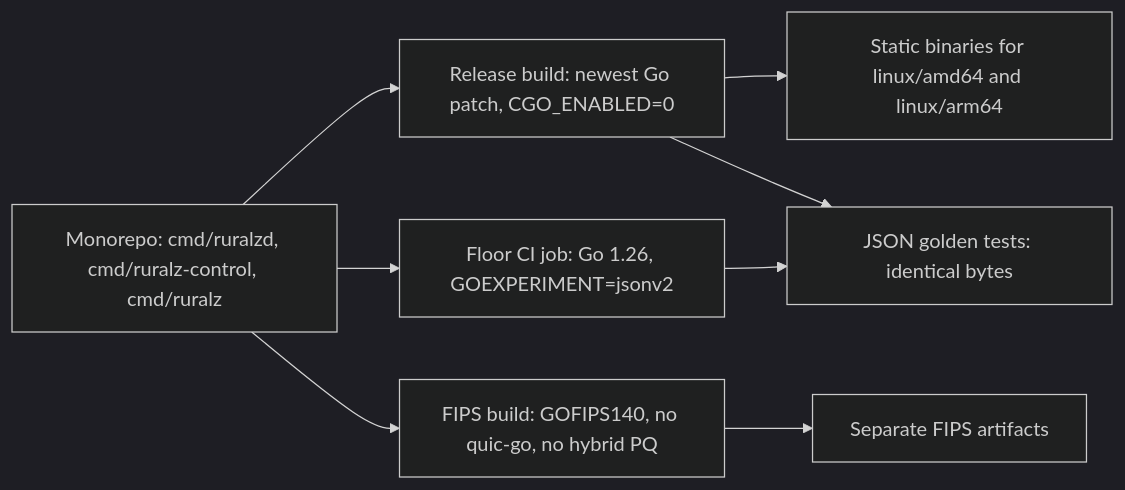
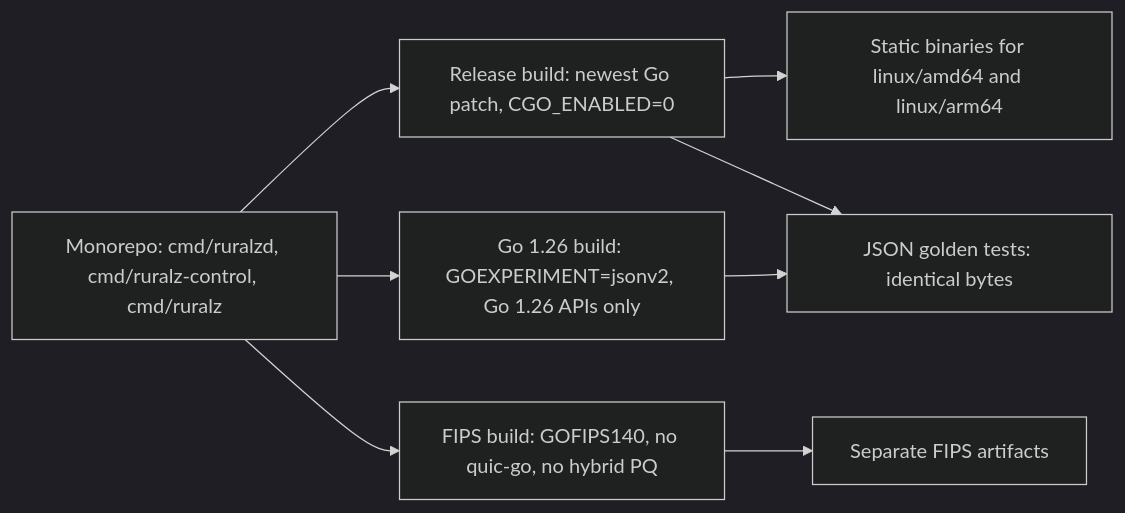
One commit to ravindu-rev/ruralz changed the diagram in docs/adr/0001-implementation-language-go.md. Above: the diagram before and after it, drawn with Mermaid (dark theme). The commit also changed other lines of this file and 42 other files, not shown here.

````diff
--- a/docs/adr/0001-implementation-language-go.md
+++ b/docs/adr/0001-implementation-language-go.md
@@ -48,17 +48,17 @@
 ```mermaid
 flowchart LR
   src["Monorepo: cmd/ruralzd, cmd/ruralz-control, cmd/ruralz"]
   rel["Release build: newest Go patch, CGO_ENABLED=0"]
-  floor["Floor CI job: Go 1.26, GOEXPERIMENT=jsonv2"]
+  floor["Go 1.26 build: GOEXPERIMENT=jsonv2, Go 1.26 APIs only"]
   fips["FIPS build: GOFIPS140, no quic-go, no hybrid PQ"]
   bins["Static binaries for linux/amd64 and linux/arm64"]
   fbins["Separate FIPS artifacts"]
   gold["JSON golden tests: identical bytes"]
   src --> rel
   src --> floor
   src --> fips
   rel --> bins
   fips --> fbins
   rel --> gold
   floor --> gold
 ```
````
